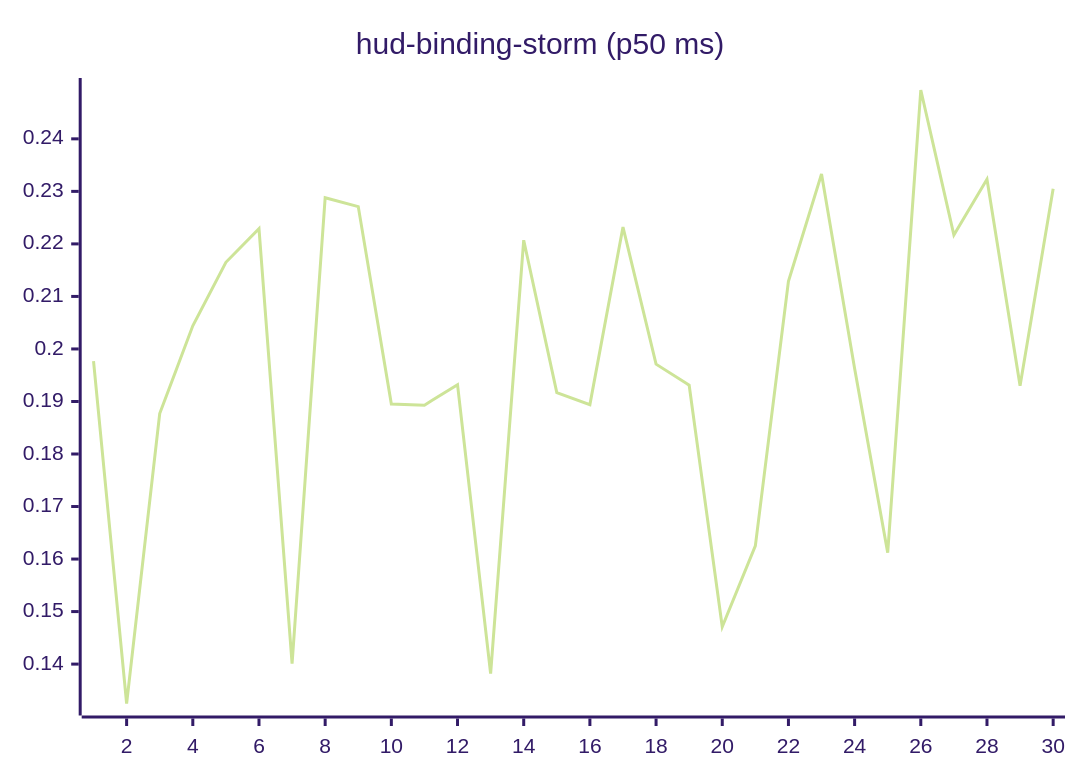
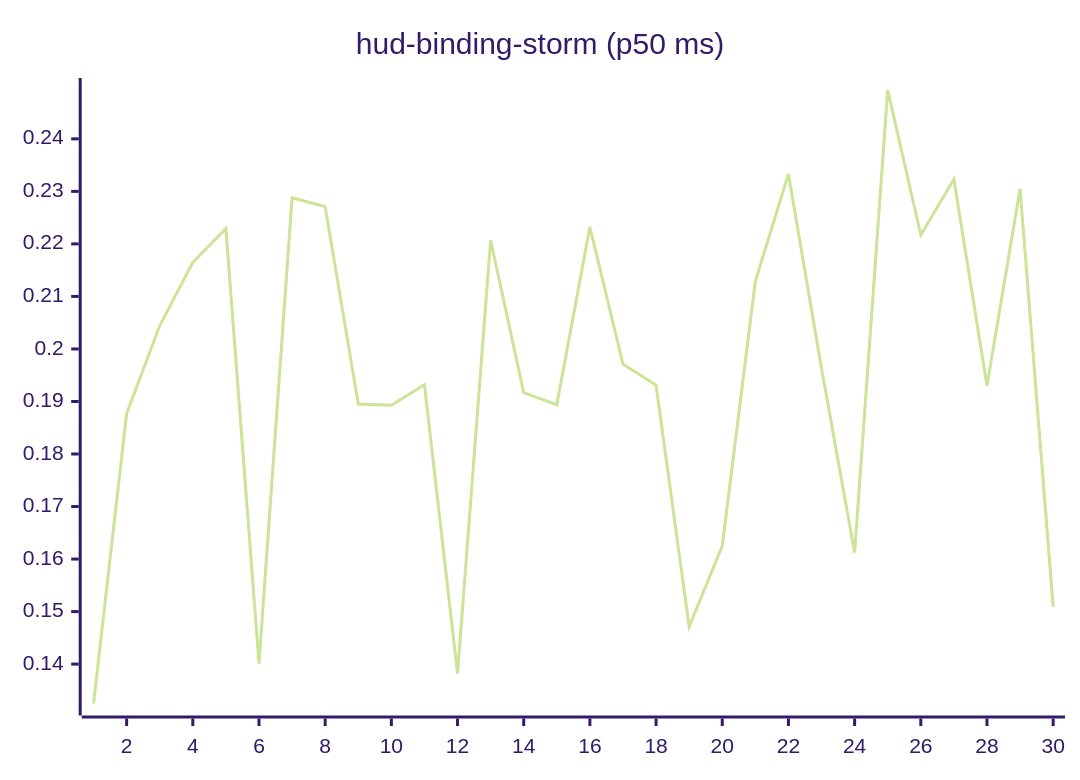
One commit to josha/Facet changed the tenth of 27 diagrams in README.md. Above: the diagram before and after it, drawn with Mermaid (forest theme). The commit also changed other lines of this file and 2 other files, not shown here.

````diff
--- a/README.md
+++ b/README.md
@@ -126,6 +126,6 @@
 ```mermaid
 xychart-beta
     title "hud-binding-storm (p50 ms)"
     x-axis 1 --> 30
-    line [0.1977, 0.1325, 0.1877, 0.2044, 0.2165, 0.2229, 0.1401, 0.2288, 0.2271, 0.1895, 0.1893, 0.1932, 0.1382, 0.2207, 0.1917, 0.1894, 0.2232, 0.1971, 0.1931, 0.1471, 0.1625, 0.2129, 0.2333, 0.1963, 0.1612, 0.2493, 0.2217, 0.2323, 0.1930, 0.2305]
+    line [0.1325, 0.1877, 0.2044, 0.2165, 0.2229, 0.1401, 0.2288, 0.2271, 0.1895, 0.1893, 0.1932, 0.1382, 0.2207, 0.1917, 0.1894, 0.2232, 0.1971, 0.1931, 0.1471, 0.1625, 0.2129, 0.2333, 0.1963, 0.1612, 0.2493, 0.2217, 0.2323, 0.1930, 0.2305, 0.1509]
 ```
````
